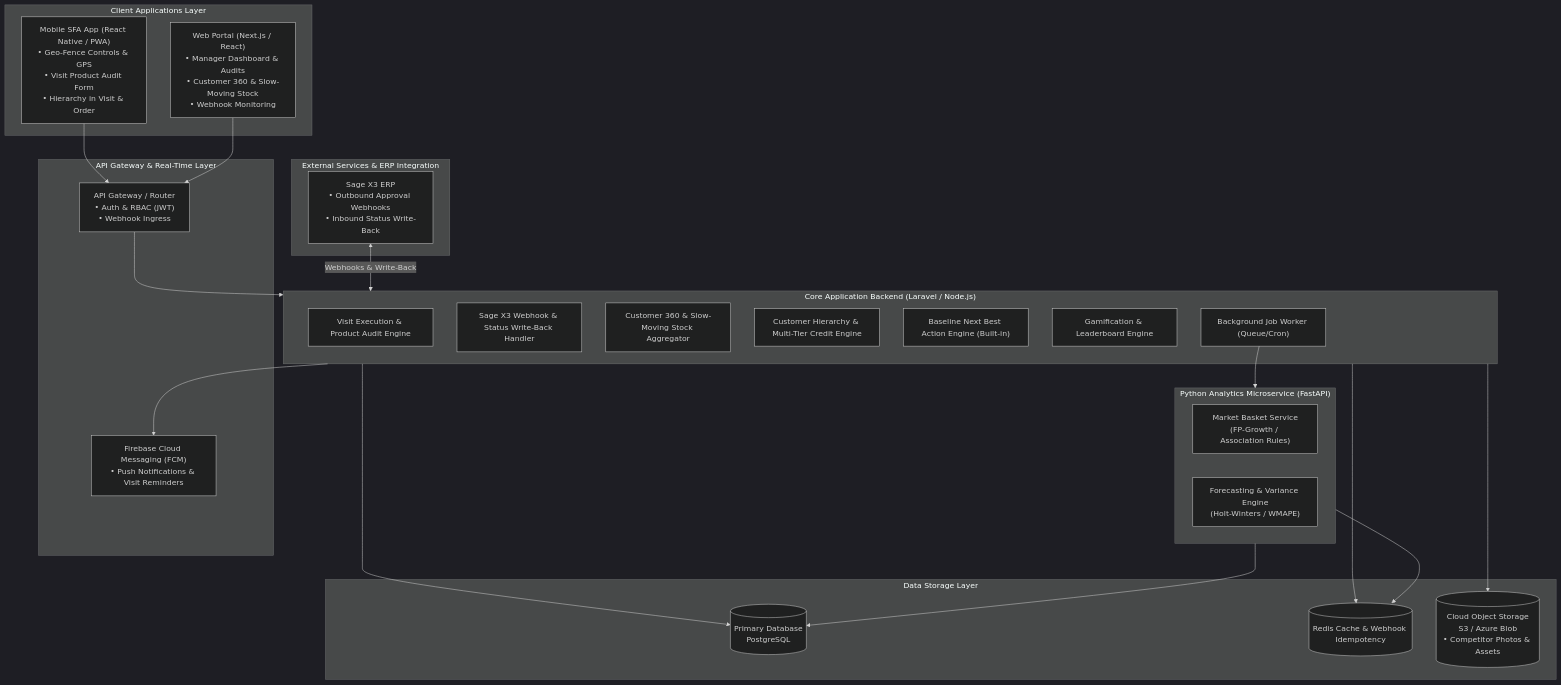
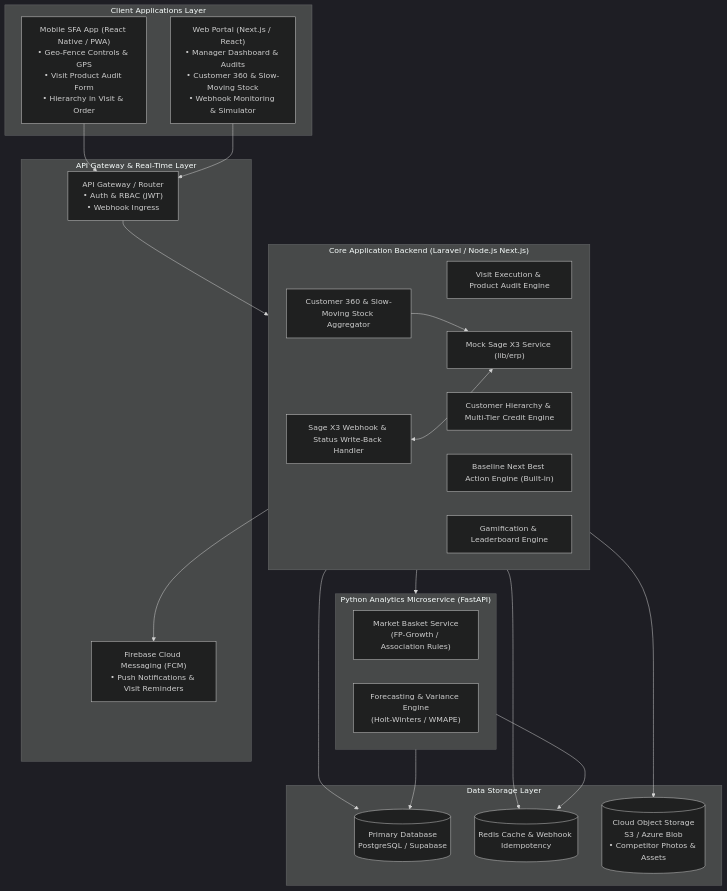
One commit to RahulAgnihotri1998/sfa-demo changed the second of 2 diagrams in EXTENDED_SCOPE.md. Above: the diagram before and after it, drawn with Mermaid (dark theme). The commit also changed other lines of this file and 5 other files, not shown here.

Commit message:
Implement Mock Sage X3 ERP Service and update architecture document

````diff
--- a/EXTENDED_SCOPE.md
+++ b/EXTENDED_SCOPE.md
@@ -49,51 +85,48 @@
 ```mermaid
 flowchart TB
     subgraph Client_Layer["Client Applications Layer"]
         MobileApp["Mobile SFA App (React Native / PWA)\n• Geo-Fence Controls & GPS\n• Visit Product Audit Form\n• Hierarchy in Visit & Order"]
-        WebPortal["Web Portal (Next.js / React)\n• Manager Dashboard & Audits\n• Customer 360 & Slow-Moving Stock\n• Webhook Monitoring"]
+        WebPortal["Web Portal (Next.js / React)\n• Manager Dashboard & Audits\n• Customer 360 & Slow-Moving Stock\n• Webhook Monitoring & Simulator"]
     end
 
     subgraph API_Gateway["API Gateway & Real-Time Layer"]
         Gateway["API Gateway / Router\n• Auth & RBAC (JWT)\n• Webhook Ingress"]
         FCM["Firebase Cloud Messaging (FCM)\n• Push Notifications & Visit Reminders"]
     end
 
-    subgraph Core_Backend["Core Application Backend (Laravel / Node.js)"]
+    subgraph Core_Backend["Core Application Backend (Laravel / Node.js Next.js)"]
         VisitEngine["Visit Execution & Product Audit Engine"]
         WebhookHandler["Sage X3 Webhook & Status Write-Back Handler"]
         Customer360["Customer 360 & Slow-Moving Stock Aggregator"]
         HierarchyEngine["Customer Hierarchy & Multi-Tier Credit Engine"]
         NBAEngine["Baseline Next Best Action Engine (Built-in)"]
         GamificationEngine["Gamification & Leaderboard Engine"]
-        QueueWorker["Background Job Worker (Queue/Cron)"]
+        MockSageEngine["Mock Sage X3 Service (lib/erp)"]
     end
 
     subgraph AI_Analytics_Service["Python Analytics Microservice (FastAPI)"]
         MarketBasket["Market Basket Service\n(FP-Growth / Association Rules)"]
         ForecastEngine["Forecasting & Variance Engine\n(Holt-Winters / WMAPE)"]
     end
 
     subgraph Data_Storage["Data Storage Layer"]
-        Postgres[(Primary Database\nPostgreSQL)]
+        Postgres[(Primary Database\nPostgreSQL / Supabase)]
         RedisCache[(Redis Cache & Webhook Idempotency)]
         CloudStorage[(Cloud Object Storage\nS3 / Azure Blob\n• Competitor Photos & Assets)]
-    end
-
-    subgraph External_Services["External Services & ERP Integration"]
-        SageX3["Sage X3 ERP\n• Outbound Approval Webhooks\n• Inbound Status Write-Back"]
     end
 
     MobileApp --> Gateway
     WebPortal --> Gateway
     Gateway --> Core_Backend
     Core_Backend --> Postgres
     Core_Backend --> RedisCache
     Core_Backend --> CloudStorage
     Core_Backend --> FCM
 
-    QueueWorker --> AI_Analytics_Service
+    Customer360 --> MockSageEngine
+    WebhookHandler <--> MockSageEngine
+
+    Core_Backend --> AI_Analytics_Service
     AI_Analytics_Service --> RedisCache
     AI_Analytics_Service --> Postgres
-
-    SageX3 <-->|Webhooks & Write-Back| Core_Backend
 ```
````
